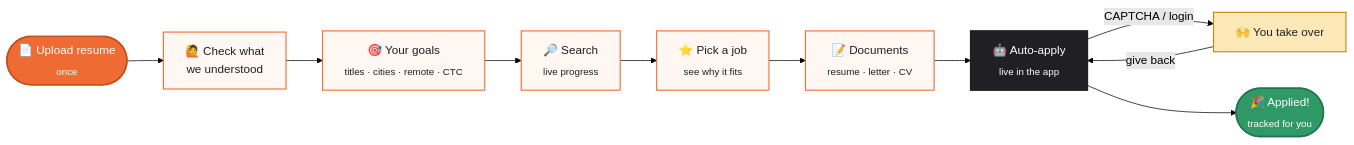
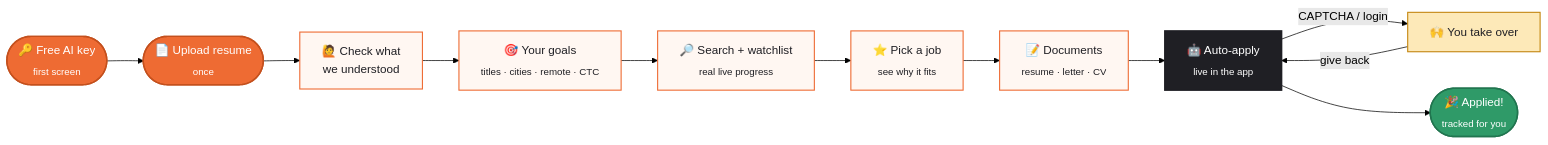
One commit to kvcops/JobHunterX changed the first of 3 diagrams in README.md. Above: the diagram before and after it, drawn with Mermaid (forest theme). The commit also changed other lines of this file and 5 other files, not shown here.

First line of the commit message:
README and API docs: India focus, watchlist, chance to be seen, live progress

````diff
--- a/README.md
+++ b/README.md
@@ -94,19 +123,20 @@
 ```mermaid
 flowchart LR
-    A(["📄 Upload resume<br/><sub>once</sub>"]) --> B["🙋 Check what<br/>we understood"]
+    K(["🔑 Free AI key<br/><sub>first screen</sub>"]) --> A(["📄 Upload resume<br/><sub>once</sub>"])
+    A --> B["🙋 Check what<br/>we understood"]
     B --> C["🎯 Your goals<br/><sub>titles · cities · remote · CTC</sub>"]
-    C --> D["🔎 Search<br/><sub>live progress</sub>"]
+    C --> D["🔎 Search + watchlist<br/><sub>real live progress</sub>"]
     D --> E["⭐ Pick a job<br/><sub>see why it fits</sub>"]
     E --> F["📝 Documents<br/><sub>resume · letter · CV</sub>"]
     F --> G["🤖 Auto-apply<br/><sub>live in the app</sub>"]
     G -->|"CAPTCHA / login"| H["🙌 You take over"]
     H -->|"give back"| G
     G --> I(["🎉 Applied!<br/><sub>tracked for you</sub>"])
 
     classDef start fill:#EE6B33,stroke:#c4501d,color:#fff,stroke-width:2px;
     classDef step fill:#fff7f2,stroke:#EE6B33,color:#1f1f24,stroke-width:1.5px;
     classDef agent fill:#1f1f24,stroke:#1f1f24,color:#fff,stroke-width:2px;
     classDef you fill:#fde9b8,stroke:#c4860f,color:#1f1f24,stroke-width:1.5px;
     classDef done fill:#2f9a68,stroke:#21754f,color:#fff,stroke-width:2px;
-    class A start; class B,C,D,E,F step; class G agent; class H you; class I done;
+    class K,A start; class B,C,D,E,F step; class G agent; class H you; class I done;
 ```
````
